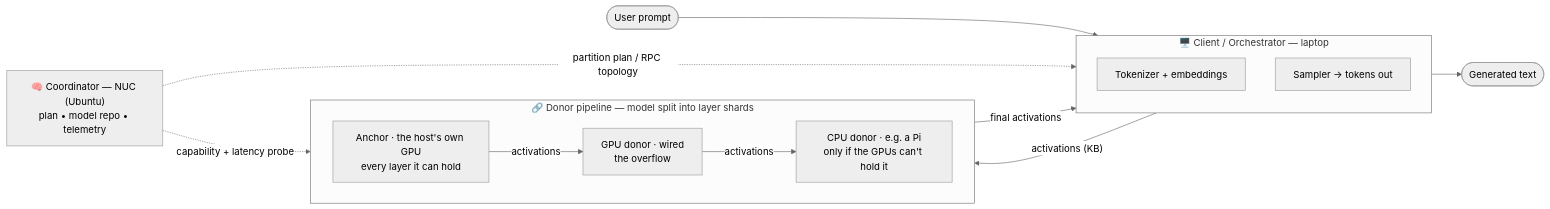
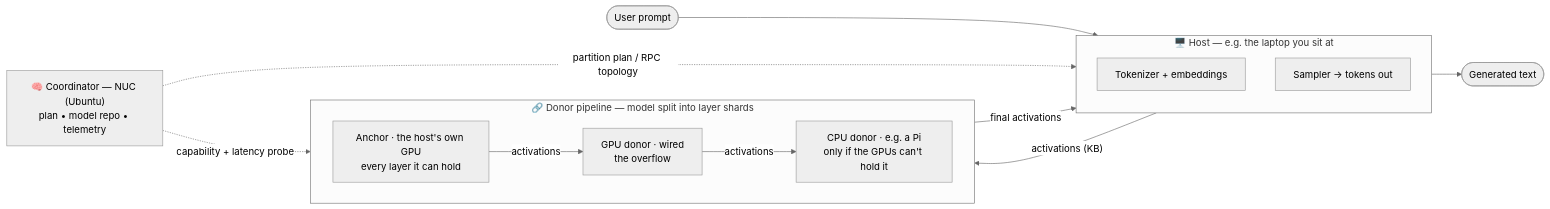
The first of 2 diagrams in README.md (RinkusKhan/The_GENGHIS_Protocol), drawn with Mermaid (neutral theme) before and after one commit. The commit also changed other lines of this file and 14 other files, not shown here.

````diff
--- a/README.md
+++ b/README.md
@@ -33,25 +33,25 @@
 ```mermaid
 flowchart LR
     U(["User prompt"]) --> TOK
-    subgraph C["🖥️ Client / Orchestrator — laptop"]
+    subgraph C["🖥️ Host — e.g. the laptop you sit at"]
         direction TB
         TOK["Tokenizer + embeddings"]
         SMP["Sampler → tokens out"]
     end
     subgraph PIPE["🔗 Donor pipeline — model split into layer shards"]
         direction LR
         D0["Anchor · the host's own GPU<br/>every layer it can hold"]
         D1["GPU donor · wired<br/>the overflow"]
         D2["CPU donor · e.g. a Pi<br/>only if the GPUs can't hold it"]
     end
     K["🧠 Coordinator — NUC (Ubuntu)<br/>plan • model repo • telemetry"]
 
     TOK -- "activations (KB)" --> D0
     D0 -- "activations" --> D1
     D1 -- "activations" --> D2
     D2 -- "final activations" --> SMP
     SMP --> OUT(["Generated text"])
 
     K -. "capability + latency probe" .-> PIPE
     K -. "partition plan / RPC topology" .-> C
 ```
````
